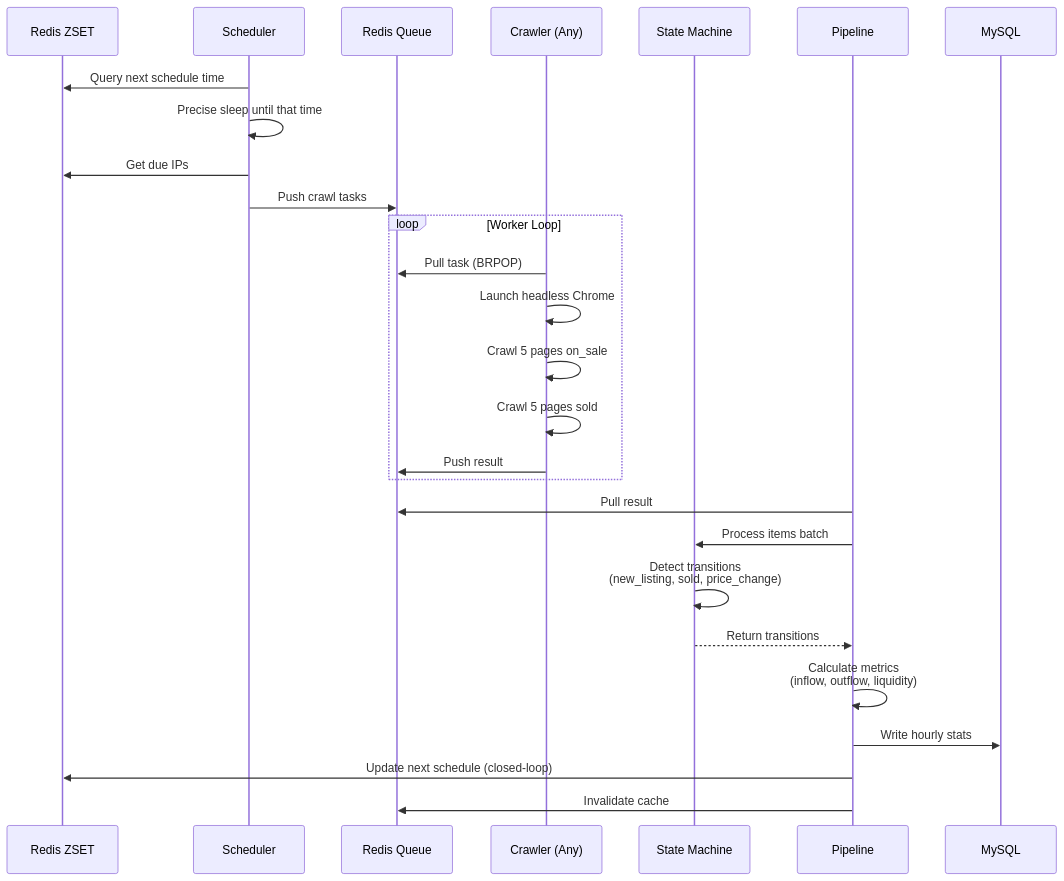
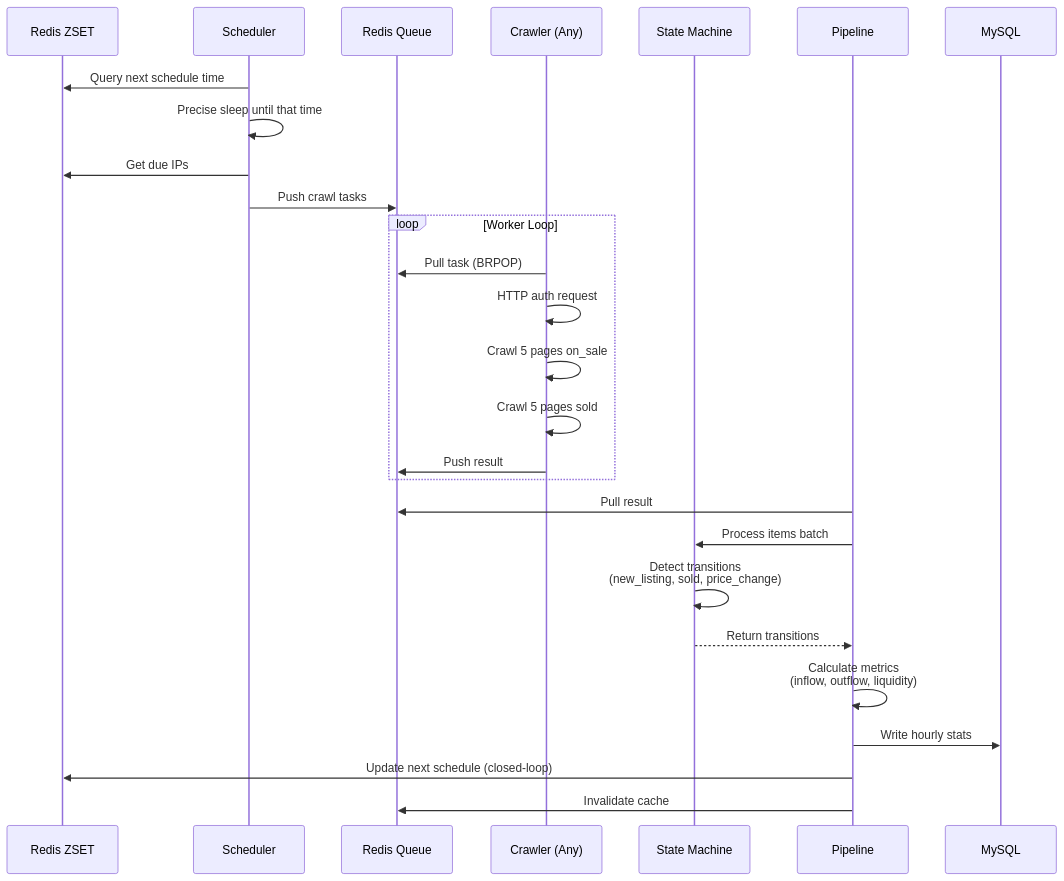
Before and after one commit to KahanaT800/animehot: the second of 2 diagrams in README.en.md, drawn with Mermaid. The commit also changed other lines of this file and 19 other files, not shown here.

````diff
--- a/README.en.md
+++ b/README.en.md
@@ -94,32 +95,32 @@
 ```mermaid
 sequenceDiagram
     participant ZSET as Redis ZSET
     participant SCH as Scheduler
     participant RQ as Redis Queue
     participant CRW as Crawler (Any)
     participant SM as State Machine
     participant PIP as Pipeline
     participant DB as MySQL
 
     SCH->>ZSET: Query next schedule time
     SCH->>SCH: Precise sleep until that time
     SCH->>ZSET: Get due IPs
     SCH->>RQ: Push crawl tasks
 
     loop Worker Loop
         CRW->>RQ: Pull task (BRPOP)
-        CRW->>CRW: Launch headless Chrome
+        CRW->>CRW: HTTP auth request
         CRW->>CRW: Crawl 5 pages on_sale
         CRW->>CRW: Crawl 5 pages sold
         CRW->>RQ: Push result
     end
 
     PIP->>RQ: Pull result
     PIP->>SM: Process items batch
     SM->>SM: Detect transitions<br/>(new_listing, sold, price_change)
     SM-->>PIP: Return transitions
     PIP->>PIP: Calculate metrics<br/>(inflow, outflow, liquidity)
     PIP->>DB: Write hourly stats
     PIP->>ZSET: Update next schedule (closed-loop)
     PIP->>RQ: Invalidate cache
 ```
````
